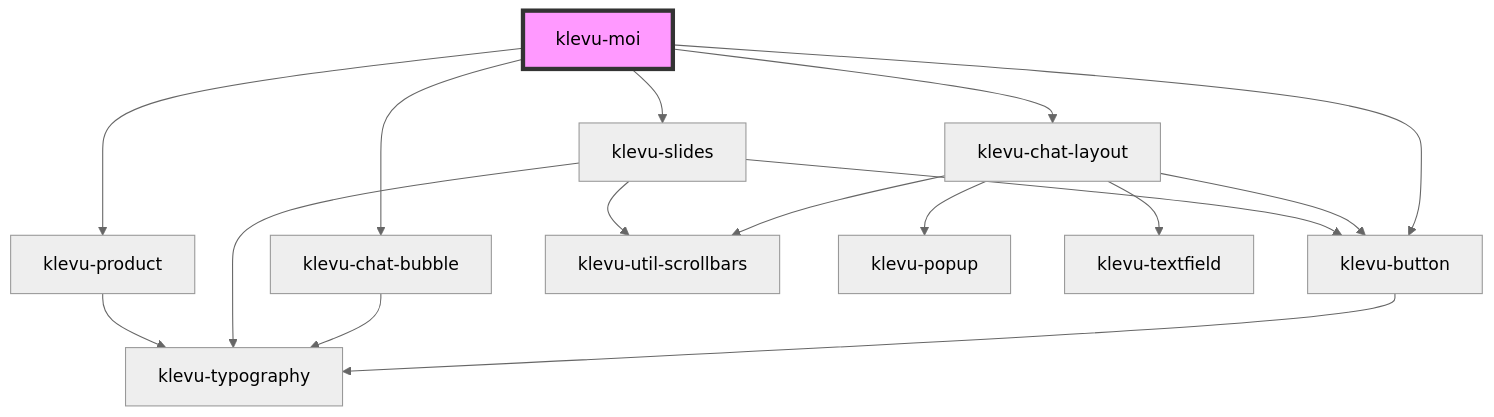
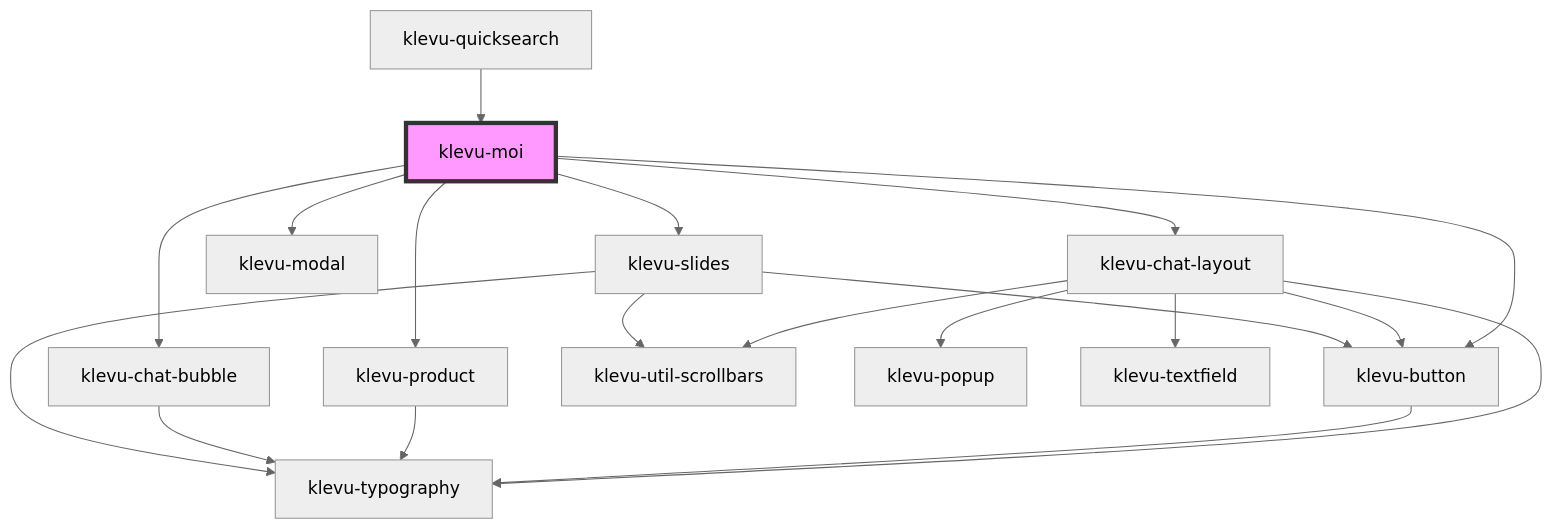
The diagram in packages/klevu-ui/src/components/klevu-moi/readme.md (klevultd/frontend-sdk), drawn with Mermaid (neutral theme) before and after one commit. The commit also changed other lines of this file and 21 other files, not shown here.

Commit message:
Add modal component, add moi to quicksearch

````diff
--- a/packages/klevu-ui/src/components/klevu-moi/readme.md
+++ b/packages/klevu-ui/src/components/klevu-moi/readme.md
@@ -23,19 +35,22 @@
 ```mermaid
 graph TD;
   klevu-moi --> klevu-chat-layout
   klevu-moi --> klevu-button
+  klevu-moi --> klevu-modal
+  klevu-moi --> klevu-product
   klevu-moi --> klevu-chat-bubble
   klevu-moi --> klevu-slides
-  klevu-moi --> klevu-product
+  klevu-chat-layout --> klevu-typography
+  klevu-chat-layout --> klevu-button
   klevu-chat-layout --> klevu-util-scrollbars
   klevu-chat-layout --> klevu-popup
-  klevu-chat-layout --> klevu-button
   klevu-chat-layout --> klevu-textfield
   klevu-button --> klevu-typography
+  klevu-product --> klevu-typography
   klevu-chat-bubble --> klevu-typography
   klevu-slides --> klevu-typography
   klevu-slides --> klevu-button
   klevu-slides --> klevu-util-scrollbars
-  klevu-product --> klevu-typography
+  klevu-quicksearch --> klevu-moi
   style klevu-moi fill:#f9f,stroke:#333,stroke-width:4px
 ```
````
